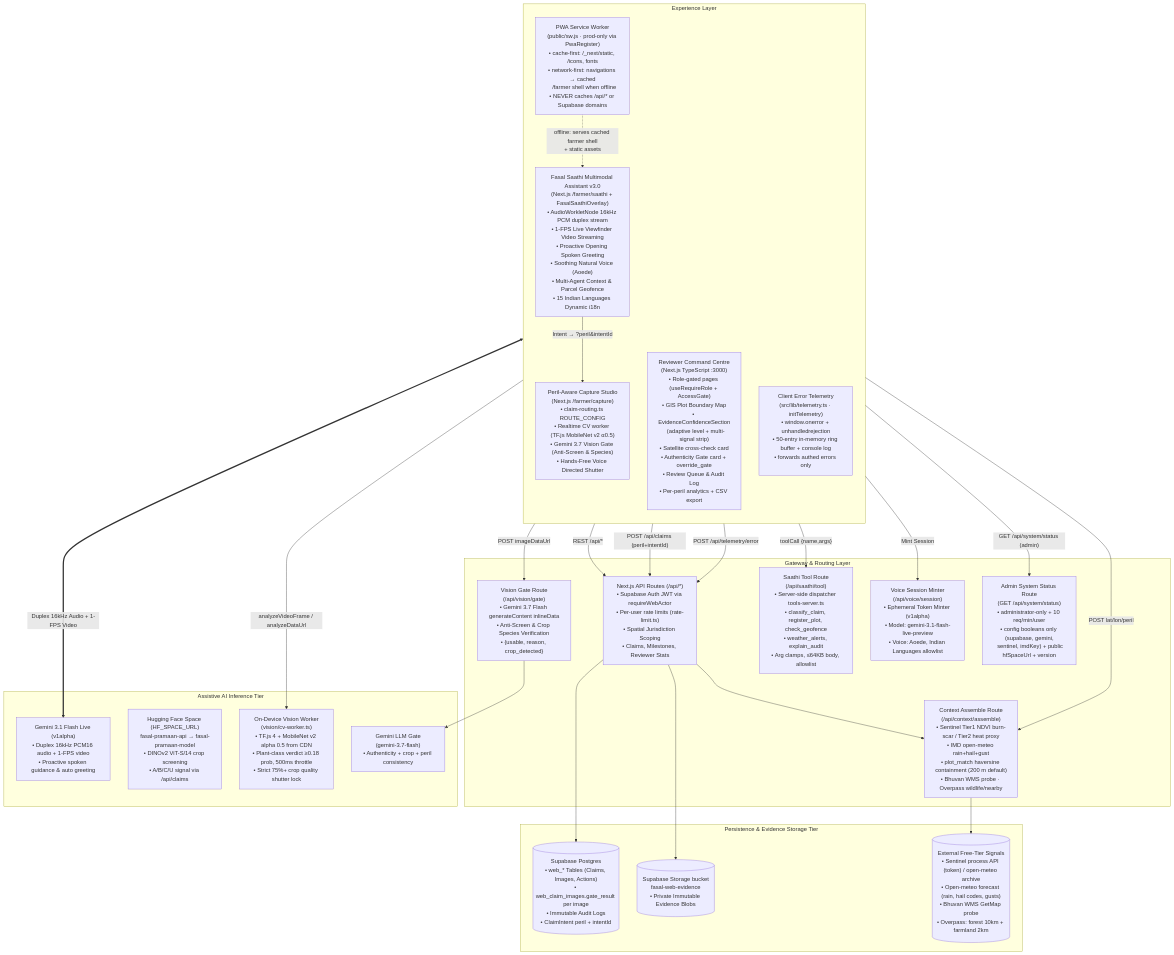
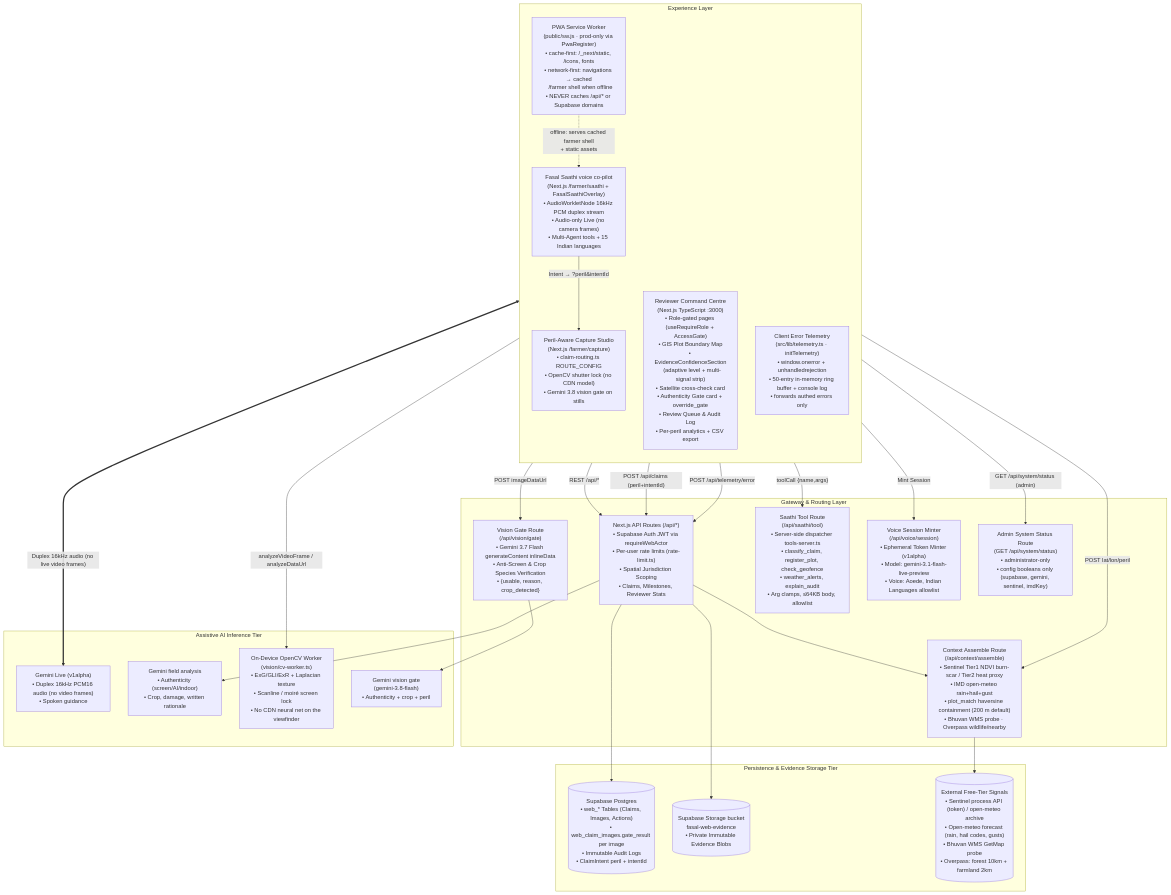
The first of 4 diagrams in docs/architecture.md (dhrrishitvdeka/Fasal-Pramaan), drawn with Mermaid before and after one commit. The commit also changed other lines of this file and 62 other files, not shown here.

First line of the commit message:
release: v2.7.0 Gemini vision, OpenCV shutter, audio-only Live

````diff
--- a/docs/architecture.md
+++ b/docs/architecture.md
@@ -9,52 +11,53 @@
 ```mermaid
 flowchart TB
   subgraph ExperienceLayer["Experience Layer"]
     direction TB
-    SaathiWeb["Fasal Saathi Multimodal Assistant v3.0\n(Next.js /farmer/saathi + FasalSaathiOverlay)\n• AudioWorkletNode 16kHz PCM duplex stream\n• 1-FPS Live Viewfinder Video Streaming\n• Proactive Opening Spoken Greeting\n• Soothing Natural Voice (Aoede)\n• Multi-Agent Context & Parcel Geofence\n• 15 Indian Languages Dynamic i18n"]
-    CaptureWeb["Peril-Aware Capture Studio\n(Next.js /farmer/capture)\n• claim-routing.ts ROUTE_CONFIG\n• Realtime CV worker (TF.js MobileNet v2 α0.5)\n• Gemini 3.7 Vision Gate (Anti-Screen & Species)\n• Hands-Free Voice Directed Shutter"]
+    SaathiWeb["Fasal Saathi voice co-pilot\n(Next.js /farmer/saathi + FasalSaathiOverlay)\n• AudioWorkletNode 16kHz PCM duplex stream\n• Audio-only Live (no camera frames)\n• Multi-Agent tools + 15 Indian languages"]
+    CaptureWeb["Peril-Aware Capture Studio\n(Next.js /farmer/capture)\n• claim-routing.ts ROUTE_CONFIG\n• OpenCV shutter lock (no CDN model)\n• Gemini 3.8 vision gate on stills"]
     Dashboard["Reviewer Command Centre\n(Next.js TypeScript :3000)\n• Role-gated pages (useRequireRole + AccessGate)\n• GIS Plot Boundary Map\n• EvidenceConfidenceSection\n  (adaptive level + multi-signal strip)\n• Satellite cross-check card\n• Authenticity Gate card + override_gate\n• Review Queue & Audit Log\n• Per-peril analytics + CSV export"]
     TelemetryPath["Client Error Telemetry\n(src/lib/telemetry.ts · initTelemetry)\n• window.onerror + unhandledrejection\n• 50-entry in-memory ring buffer + console log\n• forwards authed errors only"]
     PwaShell["PWA Service Worker\n(public/sw.js · prod-only via PwaRegister)\n• cache-first: /_next/static, /icons, fonts\n• network-first: navigations → cached\n  /farmer shell when offline\n• NEVER caches /api/* or Supabase domains"]
   end
 
   subgraph GatewayLayer["Gateway & Routing Layer"]
     API["Next.js API Routes (/api/*)\n• Supabase Auth JWT via requireWebActor\n• Per-user rate limits (rate-limit.ts)\n• Spatial Jurisdiction Scoping\n• Claims, Milestones, Reviewer Stats"]
     VisionGate["Vision Gate Route\n(/api/vision/gate)\n• Gemini 3.7 Flash generateContent inlineData\n• Anti-Screen & Crop Species Verification\n• {usable, reason, crop_detected}"]
     SaathiTool["Saathi Tool Route\n(/api/saathi/tool)\n• Server-side dispatcher tools-server.ts\n• classify_claim, register_plot, check_geofence\n• weather_alerts, explain_audit\n• Arg clamps, ≤64KB body, allowlist"]
     VoiceSession["Voice Session Minter\n(/api/voice/session)\n• Ephemeral Token Minter (v1alpha)\n• Model: gemini-3.1-flash-live-preview\n• Voice: Aoede, Indian Languages allowlist"]
     ContextAssemble["Context Assemble Route\n(/api/context/assemble)\n• Sentinel Tier1 NDVI burn-scar / Tier2 heat proxy\n• IMD open-meteo rain+hail+gust\n• plot_match haversine containment (200 m default)\n• Bhuvan WMS probe · Overpass wildlife/nearby"]
-    SystemStatus["Admin System Status Route\n(GET /api/system/status)\n• administrator-only + 10 req/min/user\n• config booleans only (supabase, gemini,\n  sentinel, imdKey) + public hfSpaceUrl + version"]
+    SystemStatus["Admin System Status Route\n(GET /api/system/status)\n• administrator-only\n• config booleans only (supabase, gemini, sentinel, imdKey)"]
   end
 
   subgraph AIServiceTier["Assistive AI Inference Tier"]
-    GeminiLive["Gemini 3.1 Flash Live (v1alpha)\n• Duplex 16kHz PCM16 audio + 1-FPS video\n• Proactive spoken guidance & auto greeting"]
-    HF["Hugging Face Space (HF_SPACE_URL)\nfasal-pramaan-api → fasal-pramaan-model\n• DINOv2 ViT-S/14 crop screening\n• A/B/C/U signal via /api/claims"]
-    OnDeviceCV["On-Device Vision Worker\n(vision/cv-worker.ts)\n• TF.js 4 + MobileNet v2 alpha 0.5 from CDN\n• Plant-class verdict ≥0.18 prob, 500ms throttle\n• Strict 75%+ crop quality shutter lock"]
-    GeminiLLM["Gemini LLM Gate\n(gemini-3.7-flash)\n• Authenticity + crop + peril consistency"]
+    GeminiLive["Gemini Live (v1alpha)\n• Duplex 16kHz PCM16 audio (no video frames)\n• Spoken guidance"]
+    GeminiAnalysis["Gemini field analysis\n• Authenticity (screen/AI/indoor)\n• Crop, damage, written rationale"]
+    OnDeviceCV["On-Device OpenCV Worker\n(vision/cv-worker.ts)\n• ExG/GLI/ExR + Laplacian texture\n• Scanline / moiré screen lock\n• No CDN neural net on the viewfinder"]
+    GeminiLLM["Gemini vision gate\n(gemini-3.8-flash)\n• Authenticity + crop + peril"]
   end
 
   subgraph StorageTier["Persistence & Evidence Storage Tier"]
     Postgres[("Supabase Postgres\n• web_* Tables (Claims, Images, Actions)\n• web_claim_images.gate_result per image\n• Immutable Audit Logs\n• ClaimIntent peril + intentId")]
     Storage[("Supabase Storage bucket\nfasal-web-evidence\n• Private Immutable Evidence Blobs")]
     ExternalSignals[("External Free-Tier Signals\n• Sentinel process API (token) / open-meteo archive\n• Open-meteo forecast (rain, hail codes, gusts)\n• Bhuvan WMS GetMap probe\n• Overpass: forest 10km + farmland 2km")]
   end
 
-  SaathiWeb <== "Duplex 16kHz Audio + 1-FPS Video" ==> GeminiLive
+  SaathiWeb <== "Duplex 16kHz audio (no live video frames)" ==> GeminiLive
+  API --> GeminiAnalysis
   SaathiWeb -->|"Mint Session"| VoiceSession
   SaathiWeb -->|"Intent → ?peril&intentId"| CaptureWeb
   SaathiWeb -->|"toolCall {name,args}"| SaathiTool
   CaptureWeb -->|"analyzeVideoFrame / analyzeDataUrl"| OnDeviceCV
   CaptureWeb -->|"POST imageDataUrl"| VisionGate
   VisionGate --> GeminiLLM
   CaptureWeb -->|"POST lat/lon/peril"| ContextAssemble
   ContextAssemble --> ExternalSignals
   Dashboard -->|"REST /api/*"| API
   Dashboard -->|"GET /api/system/status (admin)"| SystemStatus
   CaptureWeb -->|"POST /api/claims (peril+intentId)"| API
   PwaShell -.->|"offline: serves cached farmer shell\n+ static assets"| SaathiWeb
   TelemetryPath -->|"POST /api/telemetry/error"| API
 
   API --> Postgres
   API --> Storage
   API --> ContextAssemble
 ```
````
